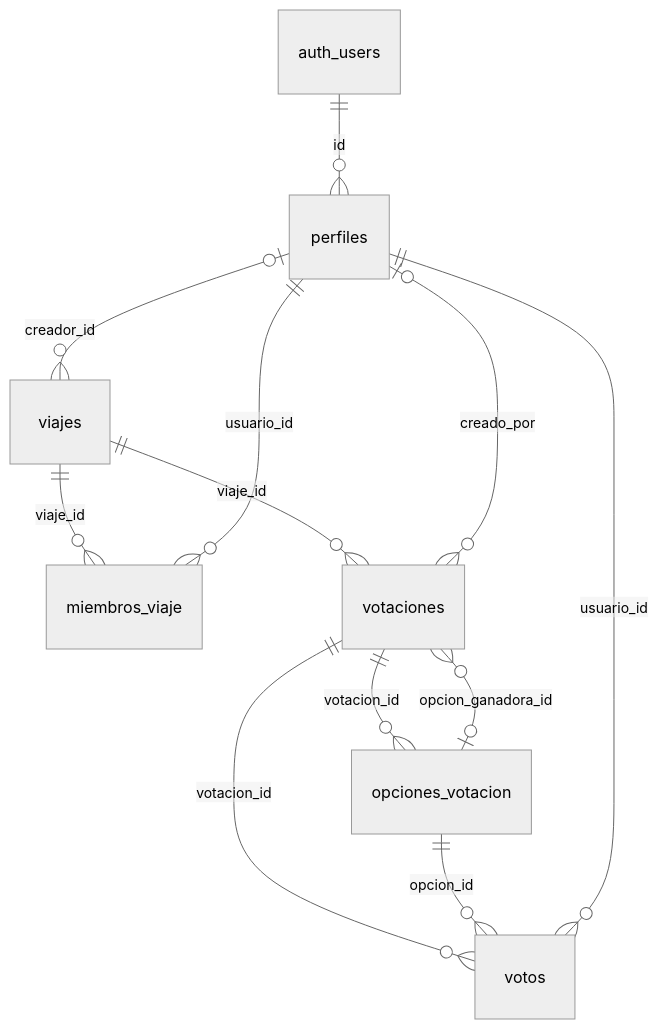
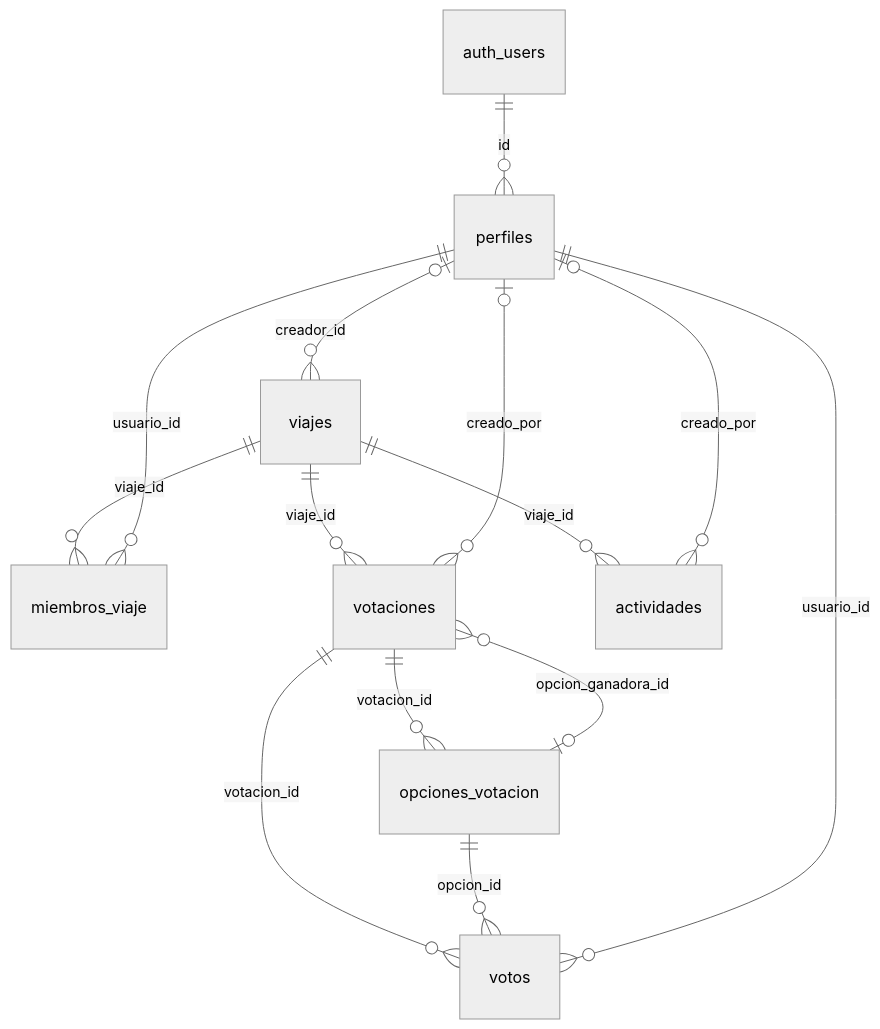
Before and after one commit to UNIZAR-30248-2026-TRAVELWRAP/Backend: the diagram in docs/BASE_DE_DATOS.md, drawn with Mermaid (neutral theme). The commit also changed other lines of this file and 8 other files, not shown here.

Commit message:
PB-17.1.2: crear actividad (tabla actividades con RLS y POST /viajes/:viajeId/actividades)

````diff
--- a/docs/BASE_DE_DATOS.md
+++ b/docs/BASE_DE_DATOS.md
@@ -20,14 +21,16 @@
 ```mermaid
 erDiagram
     auth_users ||--o{ perfiles : "id"
     perfiles |o--o{ viajes : "creador_id"
     viajes ||--o{ miembros_viaje : "viaje_id"
     perfiles ||--o{ miembros_viaje : "usuario_id"
     viajes ||--o{ votaciones : "viaje_id"
     opciones_votacion |o--o{ votaciones : "opcion_ganadora_id"
     perfiles |o--o{ votaciones : "creado_por"
     votaciones ||--o{ opciones_votacion : "votacion_id"
     votaciones ||--o{ votos : "votacion_id"
     opciones_votacion ||--o{ votos : "opcion_id"
     perfiles ||--o{ votos : "usuario_id"
+    viajes ||--o{ actividades : "viaje_id"
+    perfiles |o--o{ actividades : "creado_por"
 ```
````
